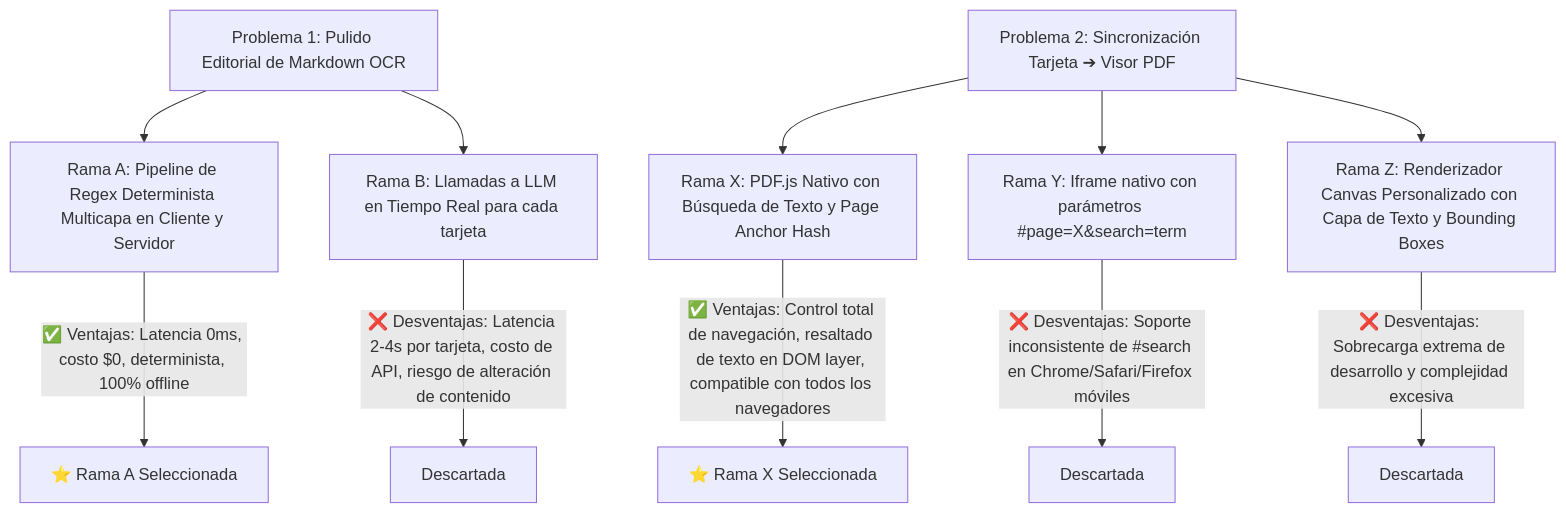
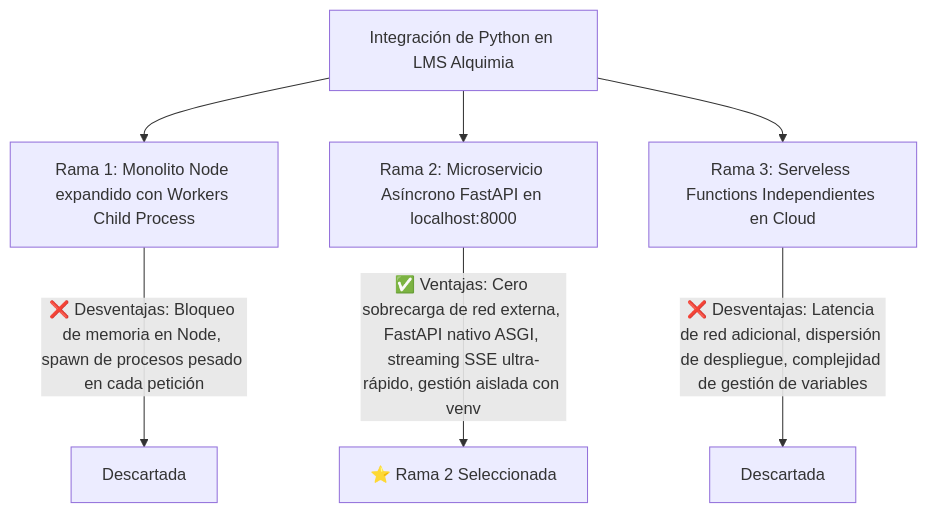
Before and after one commit to KIWIONER/lmsalquimia: the first of 2 diagrams in implementation-plan.md, drawn with Mermaid. The commit also changed other lines of this file and 48 other files, not shown here.

````diff
--- a/implementation-plan.md
+++ b/implementation-plan.md
@@ -20,16 +37,10 @@
 ```mermaid
 graph TD
-    A[Problema 1: Pulido Editorial de Markdown OCR] --> B1[Rama A: Pipeline de Regex Determinista Multicapa en Cliente y Servidor]
-    A --> B2[Rama B: Llamadas a LLM en Tiempo Real para cada tarjeta]
+    A[Integración de Python en LMS Alquimia] --> B1[Rama 1: Monolito Node expandido con Workers Child Process]
+    A --> B2[Rama 2: Microservicio Asíncrono FastAPI en localhost:8000]
+    A --> B3[Rama 3: Serveless Functions Independientes en Cloud]
 
-    C[Problema 2: Sincronización Tarjeta ➔ Visor PDF] --> D1[Rama X: PDF.js Nativo con Búsqueda de Texto y Page Anchor Hash]
-    C --> D2[Rama Y: Iframe nativo con parámetros #page=X&search=term]
-    C --> D3[Rama Z: Renderizador Canvas Personalizado con Capa de Texto y Bounding Boxes]
-
-    B1 -->|✅ Ventajas: Latencia 0ms, costo $0, determinista, 100% offline| B1_OK[⭐ Rama A Seleccionada]
-    B2 -->|❌ Desventajas: Latencia 2-4s por tarjeta, costo de API, riesgo de alteración de contenido| B2_NO[Descartada]
-
-    D1 -->|✅ Ventajas: Control total de navegación, resaltado de texto en DOM layer, compatible con todos los navegadores| D1_OK[⭐ Rama X Seleccionada]
-    D2 -->|❌ Desventajas: Soporte inconsistente de #search en Chrome/Safari/Firefox móviles| D2_NO[Descartada]
-    D3 -->|❌ Desventajas: Sobrecarga extrema de desarrollo y complejidad excesiva| D3_NO[Descartada]
+    B1 -->|❌ Desventajas: Bloqueo de memoria en Node, spawn de procesos pesado en cada petición| B1_NO[Descartada]
+    B2 -->|✅ Ventajas: Cero sobrecarga de red externa, FastAPI nativo ASGI, streaming SSE ultra-rápido, gestión aislada con venv| B2_OK[⭐ Rama 2 Seleccionada]
+    B3 -->|❌ Desventajas: Latencia de red adicional, dispersión de despliegue, complejidad de gestión de variables| B3_NO[Descartada]
 ```
````
